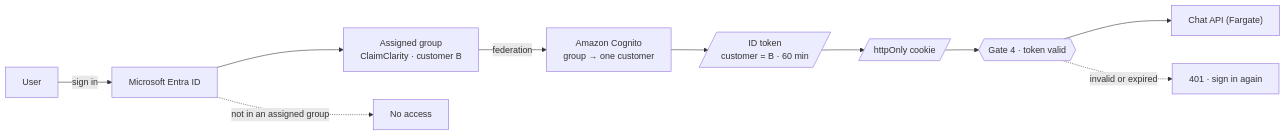
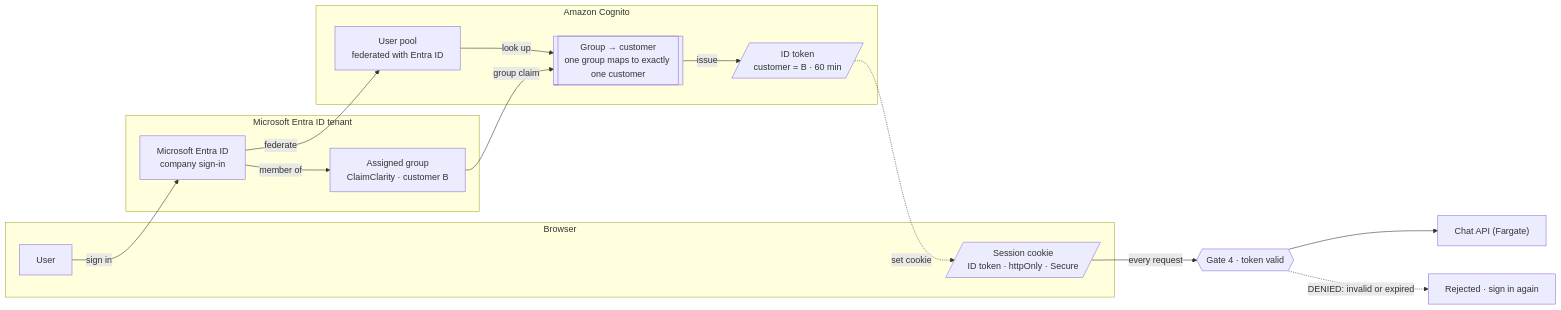
Before and after one commit to Peter-Shamoun/cc: the diagram in docs/architecture/drilldowns/02-login.mmd, drawn with Mermaid. The commit also changed 9 other files, not shown here.

First line of the commit message:
Architecture docs: drill-down redo in progress

```diff
--- a/docs/architecture/drilldowns/02-login.mmd
+++ b/docs/architecture/drilldowns/02-login.mmd
@@ -1,10 +1,19 @@
 %% 02 Login & customer mapping. Order: user -> Entra ID -> Cognito -> token.
 flowchart LR
-  user["User"] -->|sign in| entra["Microsoft Entra ID"]
-  entra --> group["Assigned group<br/>ClaimClarity · customer B"]
-  group -->|federation| cognito["Amazon Cognito<br/>group → one customer"]
-  cognito --> token[/"ID token<br/>customer = B · 60 min"/]
-  token --> cookie[/"httpOnly cookie"/]
-  cookie --> g4{{"Gate 4 · token valid"}} --> api["Chat API (Fargate)"]
-  entra -.->|not in an assigned group| noaccess["No access"]
-  g4 -.->|invalid or expired| reject["401 · sign in again"]
+  subgraph browser["Browser"]
+    user["User"]
+    cookie[/"Session cookie<br/>ID token · httpOnly · Secure"/]
+  end
+  subgraph entraT["Microsoft Entra ID tenant"]
+    entra["Microsoft Entra ID<br/>company sign-in"] -->|member of| group["Assigned group<br/>ClaimClarity · customer B"]
+  end
+  subgraph cog["Amazon Cognito"]
+    pool["User pool<br/>federated with Entra ID"] -->|look up| map[["Group → customer<br/>one group maps to exactly one customer"]]
+    map -->|issue| token[/"ID token<br/>customer = B · 60 min"/]
+  end
+  user -->|sign in| entra
+  entra -->|federate| pool
+  group -->|group claim| map
+  token -.->|set cookie| cookie
+  cookie -->|every request| g4{{"Gate 4 · token valid"}} --> api["Chat API (Fargate)"]
+  g4 -.->|DENIED: invalid or expired| reject["Rejected · sign in again"]
```
